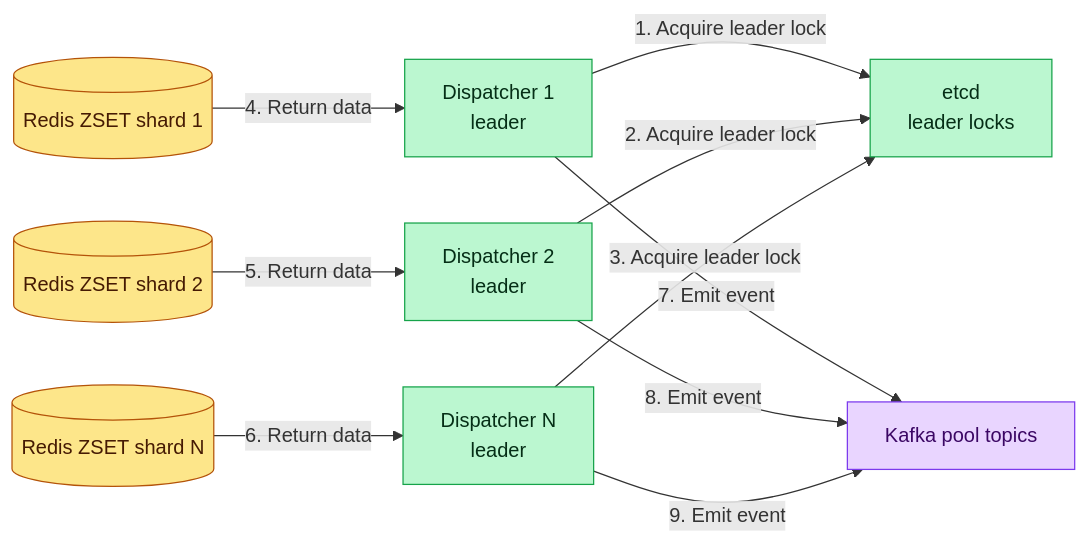
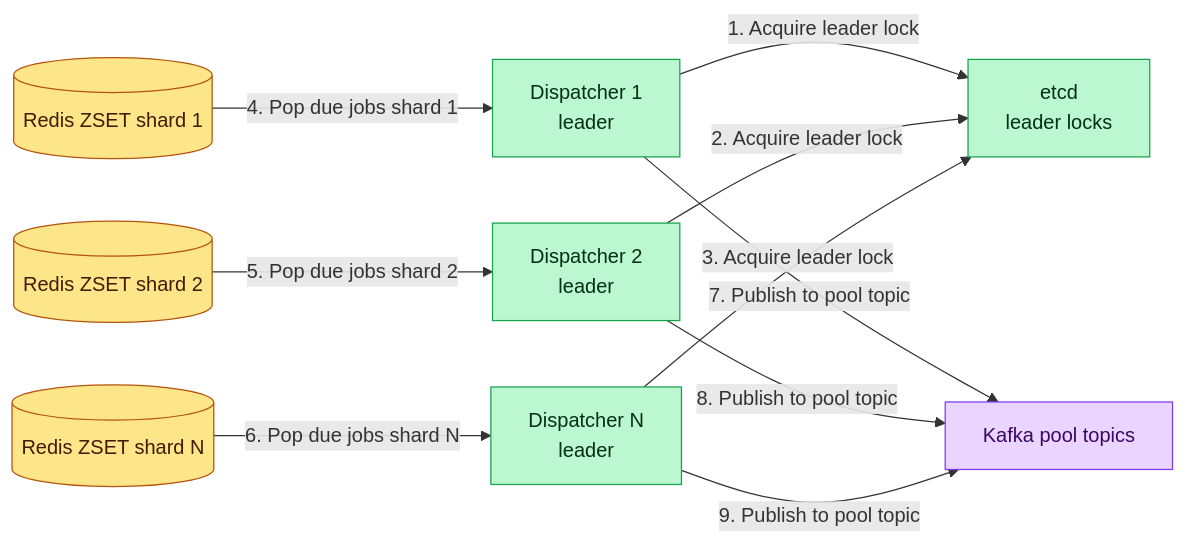
The sixth of 11 diagrams in content/hld/JobScheduler.md (iluzn/HLD-Designs), drawn with Mermaid before and after one commit. The commit also changed other lines of this file and 27 other files, not shown here.

````diff
--- a/content/hld/JobScheduler.md
+++ b/content/hld/JobScheduler.md
@@ -443,25 +443,25 @@
 ```mermaid
 flowchart LR
     ZSET1[("Redis ZSET shard 1")]:::data
     ZSET2[("Redis ZSET shard 2")]:::data
     ZSET3[("Redis ZSET shard N")]:::data
     D1["Dispatcher 1<br/>leader"]:::service
     D2["Dispatcher 2<br/>leader"]:::service
     D3["Dispatcher N<br/>leader"]:::service
     ETCD["etcd<br/>leader locks"]:::service
     KAFKA["Kafka pool topics"]:::async
 
     D1 -->|"1. Acquire leader lock"| ETCD
     D2 -->|"2. Acquire leader lock"| ETCD
     D3 -->|"3. Acquire leader lock"| ETCD
-    ZSET1 -->|"4. Return data"| D1
-    ZSET2 -->|"5. Return data"| D2
-    ZSET3 -->|"6. Return data"| D3
-    D1 -->|"7. Emit event"| KAFKA
-    D2 -->|"8. Emit event"| KAFKA
-    D3 -->|"9. Emit event"| KAFKA
+    ZSET1 -->|"4. Pop due jobs shard 1"| D1
+    ZSET2 -->|"5. Pop due jobs shard 2"| D2
+    ZSET3 -->|"6. Pop due jobs shard N"| D3
+    D1 -->|"7. Publish to pool topic"| KAFKA
+    D2 -->|"8. Publish to pool topic"| KAFKA
+    D3 -->|"9. Publish to pool topic"| KAFKA
 
     classDef service fill:#bbf7d0,stroke:#16a34a,color:#052e16
     classDef async fill:#e9d5ff,stroke:#7c3aed,color:#3b0764
     classDef data fill:#fde68a,stroke:#b45309,color:#451a03
 ```
````
